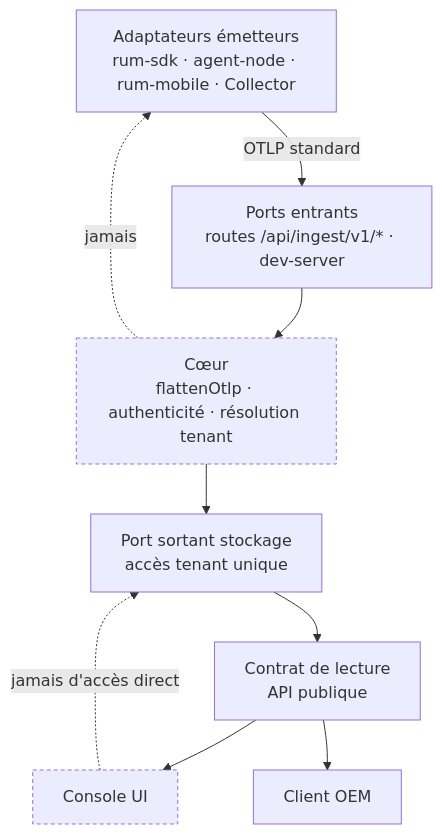
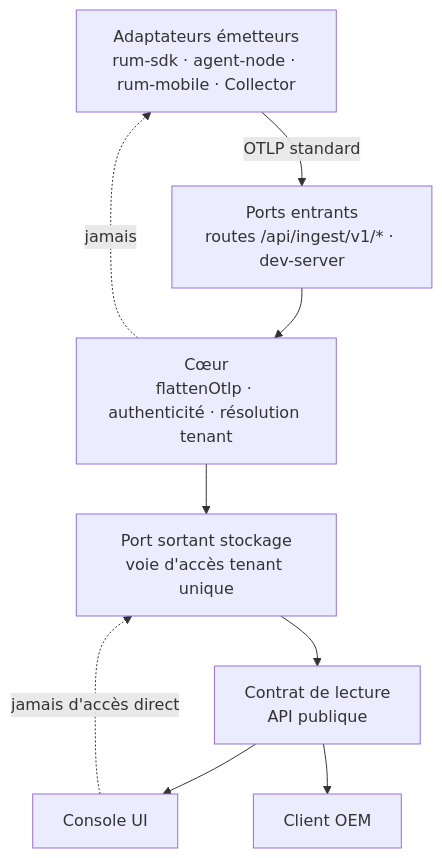
One commit to jt33120/poc-MIP_RUM changed the first of 2 diagrams in _bmad-output/planning-artifacts/architecture/architecture-poc-MIP_RUM-2026-08-25/ARCHITECTURE-SPINE.md. Above: the diagram before and after it, drawn with Mermaid. The commit also changed other lines of this file and 1 other file, not shown here.

First line of the commit message:
docs(architecture): apply reviewer gate findings, spine now final

````diff
--- a/_bmad-output/planning-artifacts/architecture/architecture-poc-MIP_RUM-2026-08-25/ARCHITECTURE-SPINE.md
+++ b/_bmad-output/planning-artifacts/architecture/architecture-poc-MIP_RUM-2026-08-25/ARCHITECTURE-SPINE.md
@@ -44,23 +47,20 @@
 ```mermaid
 graph TD
   SDK["Adaptateurs émetteurs<br/>rum-sdk · agent-node · rum-mobile · Collector"]
   PORT["Ports entrants<br/>routes /api/ingest/v1/* · dev-server"]
   CORE["Cœur<br/>flattenOtlp · authenticité · résolution tenant"]
-  STORE["Port sortant stockage<br/>accès tenant unique"]
+  STORE["Port sortant stockage<br/>voie d'accès tenant unique"]
   API["Contrat de lecture<br/>API publique"]
   CONSOLE["Console UI"]
   OEM["Client OEM"]
 
   SDK -->|OTLP standard| PORT
   PORT --> CORE
   CORE --> STORE
   STORE --> API
   API --> CONSOLE
   API --> OEM
 
   CORE -.->|jamais| SDK
   CONSOLE -.->|jamais d'accès direct| STORE
-
-  classDef forbidden stroke-dasharray: 4 3
-  class CORE,CONSOLE forbidden
 ```
````
